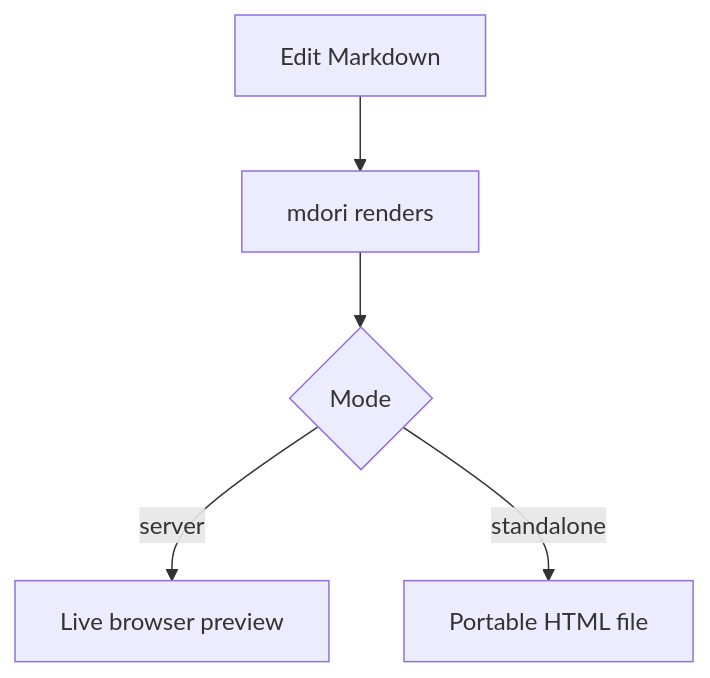
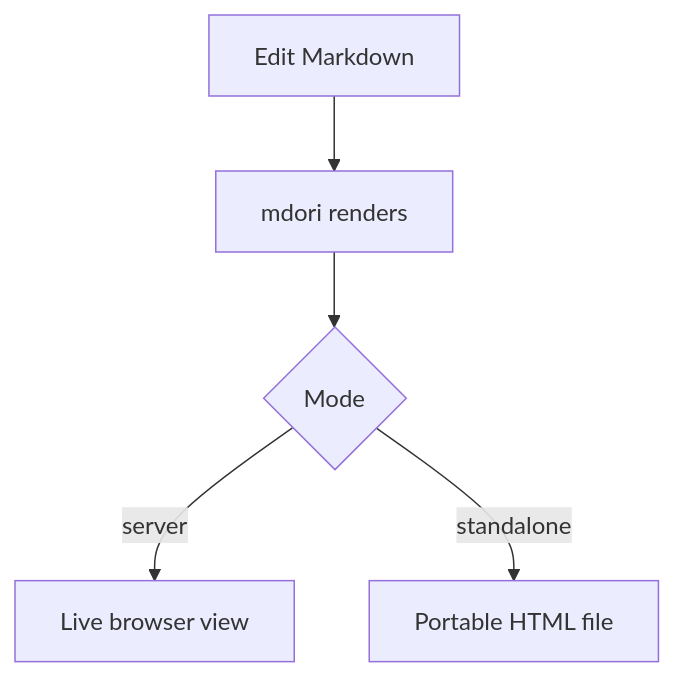
Before and after one commit to elh/mdori: the diagram in site/examples.md, drawn with Mermaid. The commit also changed other lines of this file and 4 other files, not shown here.

````diff
--- a/site/examples.md
+++ b/site/examples.md
@@ -103,7 +103,7 @@
 ```mermaid
 flowchart TD
 	A[Edit Markdown] --> B[mdori renders]
 	B --> C{Mode}
-	C -->|server| D[Live browser preview]
+	C -->|server| D[Live browser view]
 	C -->|standalone| E[Portable HTML file]
 ```
````
